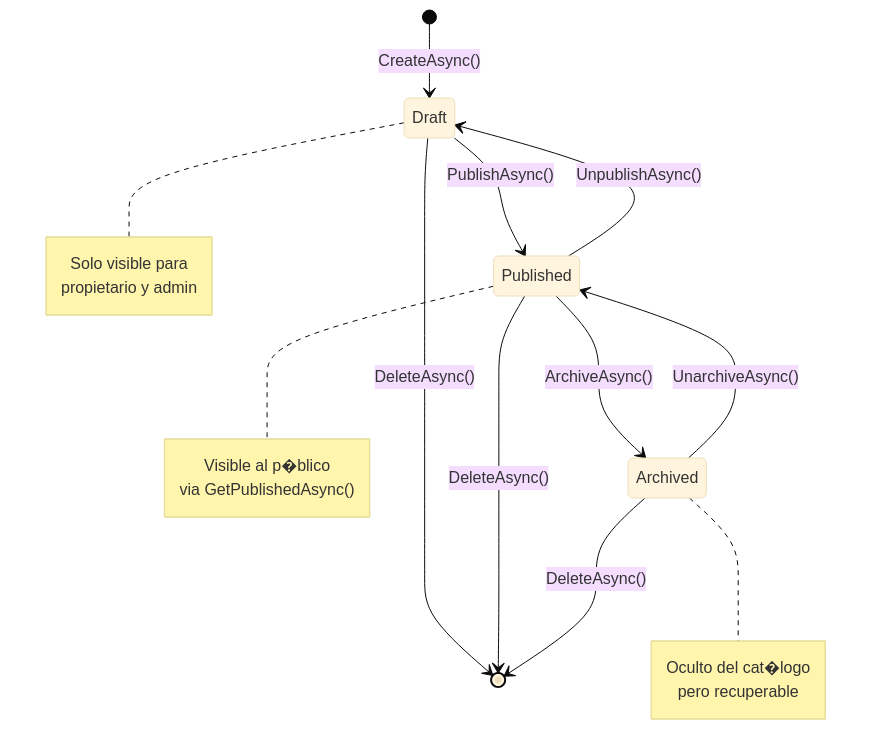
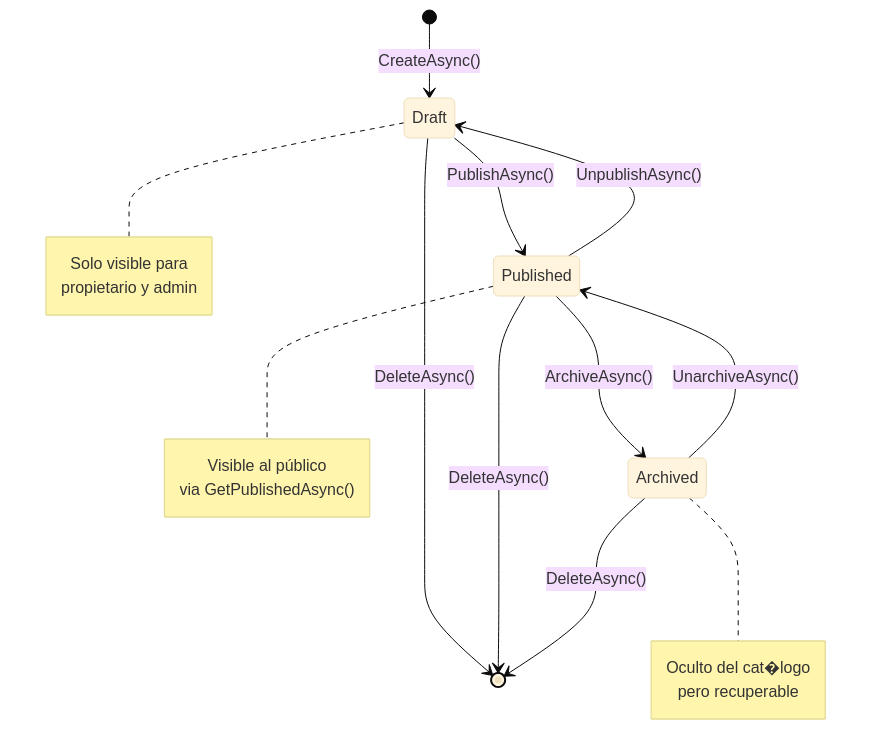
The diagram in docs/archive/sprints/sprint-01/DIA_4_EXTRA.md (Pedro-Samuel-Rodriguez-Caudillo/cima), drawn with Mermaid (base theme) before and after one commit. The commit also changed other lines of this file and 7 other files, not shown here.

````diff
--- a/docs/archive/sprints/sprint-01/DIA_4_EXTRA.md
+++ b/docs/archive/sprints/sprint-01/DIA_4_EXTRA.md
@@ -1117,29 +1117,29 @@
 ```mermaid
 stateDiagram-v2
     [*] --> Draft: CreateAsync()
     
     Draft --> Published: PublishAsync()
     Published --> Draft: UnpublishAsync()
     
     Published --> Archived: ArchiveAsync()
     Archived --> Published: UnarchiveAsync()
     
     Draft --> [*]: DeleteAsync()
     Published --> [*]: DeleteAsync()
     Archived --> [*]: DeleteAsync()
     
     note right of Published
-        Visible al p�blico
+        Visible al público
         via GetPublishedAsync()
     end note
     
     note right of Draft
         Solo visible para
         propietario y admin
     end note
     
     note right of Archived
         Oculto del cat�logo
         pero recuperable
     end note
 ```
````
